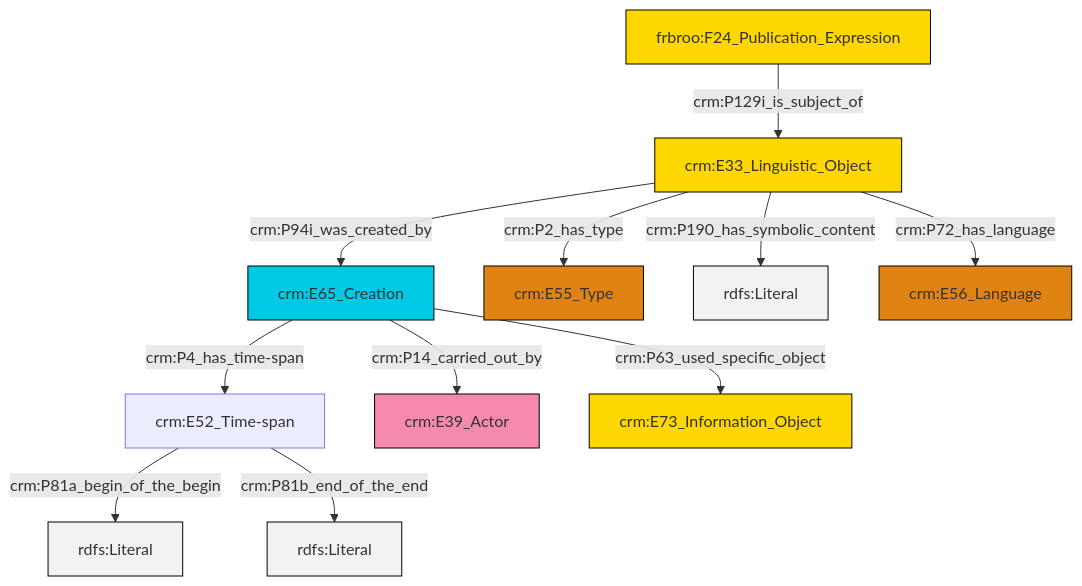
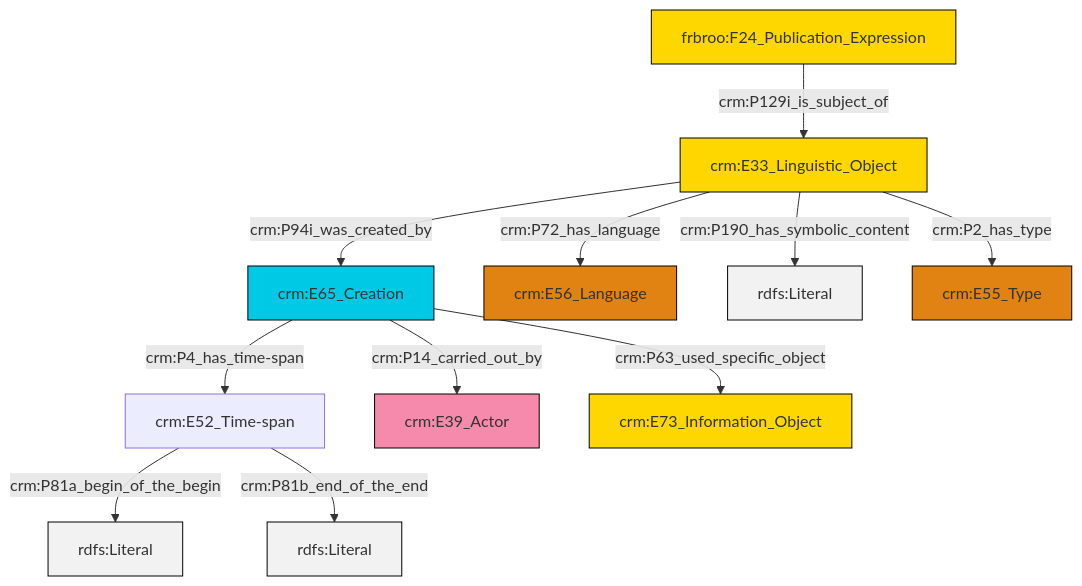
One commit to swiss-art-research-net/reference-data-models changed the diagram in et/biblioCSV/ttl/mmd/biblio_description.ttl.mmd. Above: the diagram before and after it, drawn with Mermaid. The commit also changed 126 other files, not shown here.

```diff
--- a/et/biblioCSV/ttl/mmd/biblio_description.ttl.mmd
+++ b/et/biblioCSV/ttl/mmd/biblio_description.ttl.mmd
@@ -1,25 +1,25 @@
 graph TD
 classDef Literal fill:#f2f2f2,stroke:#000000;
 classDef CRM_Entity fill:#FFFFFF,stroke:#000000;
 classDef Temporal_Entity fill:#00C9E6, stroke:#000000;
 classDef Type fill:#E18312, stroke:#000000;
 classDef Time-Span fill:#2C9C91, stroke:#000000;
 classDef Appellation fill:#FFEB7F, stroke:#000000;
 classDef Place fill:#008836, stroke:#000000;
 classDef Persistent_Item fill:#B266B2, stroke:#000000;
 classDef Conceptual_Object fill:#FFD700, stroke:#000000;
 classDef Physical_Thing fill:#D2B48C, stroke:#000000;
 classDef Actor fill:#f58aad, stroke:#000000;
 classDef PC_Classes fill:#4ce600, stroke:#000000;
 classDef Multi fill:#cccccc,stroke:#000000;
 
 0["crm:E52_Time-span"]:::Default -->|crm:P81a_begin_of_the_begin| 1[rdfs:Literal]:::Literal
-2["crm:E65_Creation"]:::Temporal_Entity -->|crm:P14_carried_out_by| 3["crm:E39_Actor"]:::Actor
-6["crm:E33_Linguistic_Object"]:::Conceptual_Object -->|crm:P94i_was_created_by| 2["crm:E65_Creation"]:::Temporal_Entity
-8["frbroo:F24_Publication_Expression"]:::Conceptual_Object -->|crm:P129i_is_subject_of| 6["crm:E33_Linguistic_Object"]:::Conceptual_Object
-6["crm:E33_Linguistic_Object"]:::Conceptual_Object -->|crm:P190_has_symbolic_content| 13[rdfs:Literal]:::Literal
-6["crm:E33_Linguistic_Object"]:::Conceptual_Object -->|crm:P2_has_type| 4["crm:E55_Type"]:::Type
-2["crm:E65_Creation"]:::Temporal_Entity -->|crm:P63_used_specific_object| 9["crm:E73_Information_Object"]:::Conceptual_Object
+4["crm:E33_Linguistic_Object"]:::Conceptual_Object -->|crm:P72_has_language| 5["crm:E56_Language"]:::Type
+2["crm:E65_Creation"]:::Temporal_Entity -->|crm:P14_carried_out_by| 6["crm:E39_Actor"]:::Actor
+4["crm:E33_Linguistic_Object"]:::Conceptual_Object -->|crm:P190_has_symbolic_content| 9[rdfs:Literal]:::Literal
+4["crm:E33_Linguistic_Object"]:::Conceptual_Object -->|crm:P2_has_type| 10["crm:E55_Type"]:::Type
+7["frbroo:F24_Publication_Expression"]:::Conceptual_Object -->|crm:P129i_is_subject_of| 4["crm:E33_Linguistic_Object"]:::Conceptual_Object
+0["crm:E52_Time-span"]:::Default -->|crm:P81b_end_of_the_end| 17[rdfs:Literal]:::Literal
 2["crm:E65_Creation"]:::Temporal_Entity -->|crm:P4_has_time-span| 0["crm:E52_Time-span"]:::Default
-0["crm:E52_Time-span"]:::Default -->|crm:P81b_end_of_the_end| 17[rdfs:Literal]:::Literal
-6["crm:E33_Linguistic_Object"]:::Conceptual_Object -->|crm:P72_has_language| 14["crm:E56_Language"]:::Type
+4["crm:E33_Linguistic_Object"]:::Conceptual_Object -->|crm:P94i_was_created_by| 2["crm:E65_Creation"]:::Temporal_Entity
+2["crm:E65_Creation"]:::Temporal_Entity -->|crm:P63_used_specific_object| 13["crm:E73_Information_Object"]:::Conceptual_Object
```
